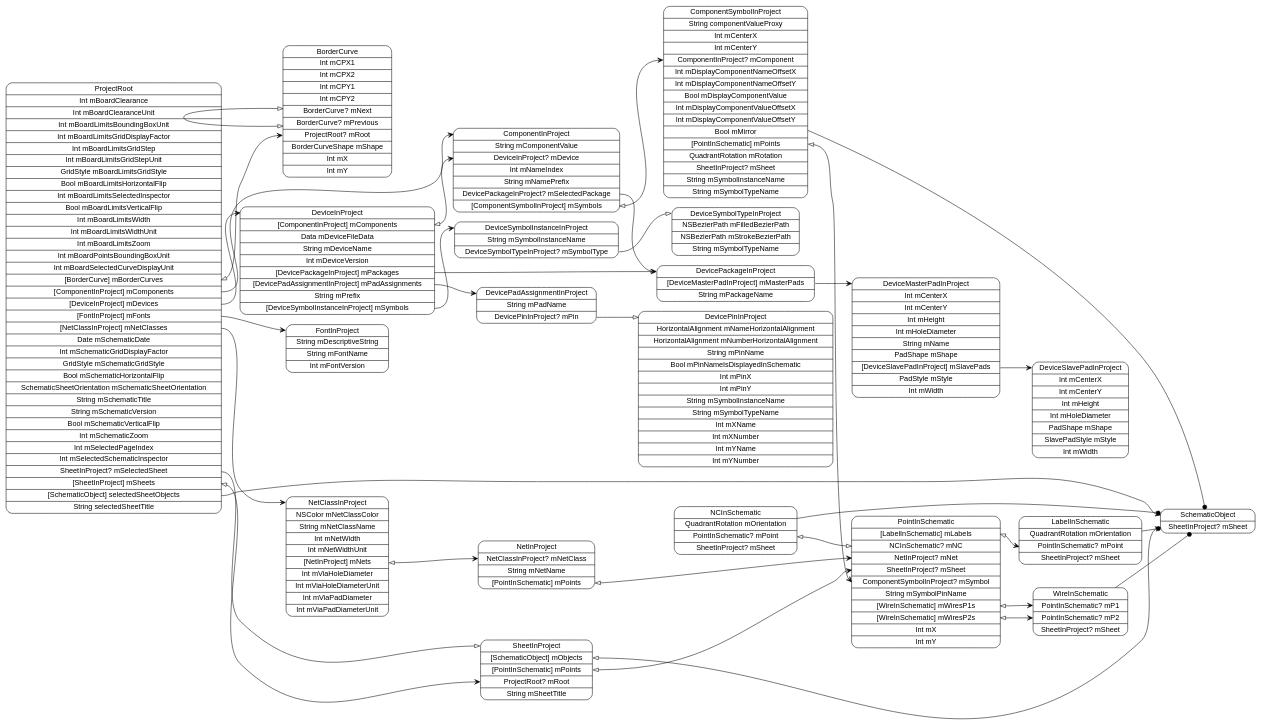
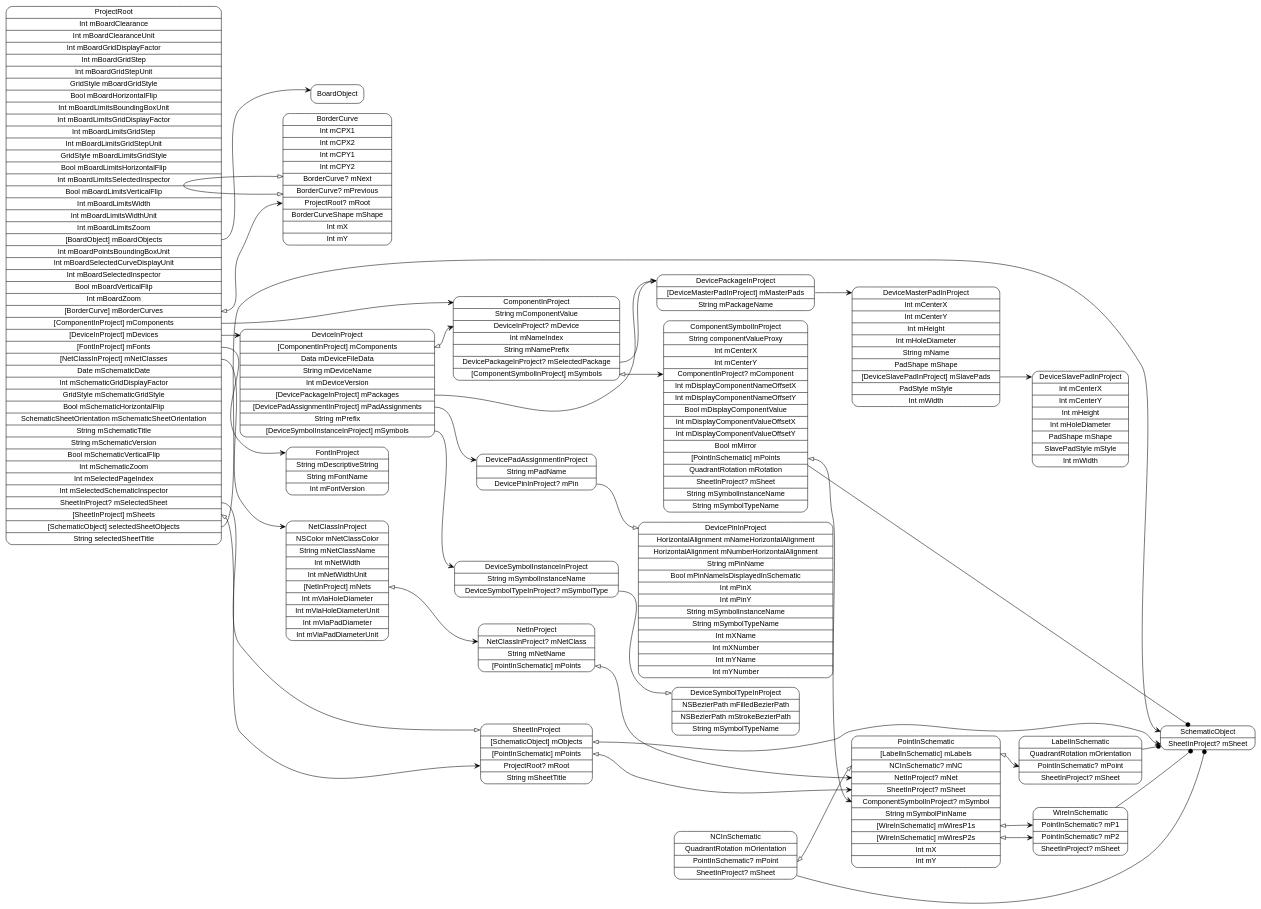
Before and after one commit to pierremolinaro/ElCanari-dev: the diagram in models/ProjectRoot.dot, drawn with Graphviz. The commit also changed 22 other files, not shown here.

Commit message:
Starting board objects

```diff
--- a/models/ProjectRoot.dot
+++ b/models/ProjectRoot.dot
@@ -1,57 +1,59 @@
 digraph G {
   rankdir=LR ;
   node [shape=record fontname=helvetica style=rounded] ;
-  ProjectRoot[label="<ProjectRoot>ProjectRoot|Int mBoardClearance|Int mBoardClearanceUnit|Int mBoardLimitsBoundingBoxUnit|Int mBoardLimitsGridDisplayFactor|Int mBoardLimitsGridStep|Int mBoardLimitsGridStepUnit|GridStyle mBoardLimitsGridStyle|Bool mBoardLimitsHorizontalFlip|Int mBoardLimitsSelectedInspector|Bool mBoardLimitsVerticalFlip|Int mBoardLimitsWidth|Int mBoardLimitsWidthUnit|Int mBoardLimitsZoom|Int mBoardPointsBoundingBoxUnit|Int mBoardSelectedCurveDisplayUnit|<mBorderCurves>[BorderCurve] mBorderCurves|<mComponents>[ComponentInProject] mComponents|<mDevices>[DeviceInProject] mDevices|<mFonts>[FontInProject] mFonts|<mNetClasses>[NetClassInProject] mNetClasses|Date mSchematicDate|Int mSchematicGridDisplayFactor|GridStyle mSchematicGridStyle|Bool mSchematicHorizontalFlip|SchematicSheetOrientation mSchematicSheetOrientation|String mSchematicTitle|String mSchematicVersion|Bool mSchematicVerticalFlip|Int mSchematicZoom|Int mSelectedPageIndex|Int mSelectedSchematicInspector|<mSelectedSheet>SheetInProject? mSelectedSheet|<mSheets>[SheetInProject] mSheets|<selectedSheetObjects>[SchematicObject] selectedSheetObjects|String selectedSheetTitle"] ;
+  ProjectRoot[label="<ProjectRoot>ProjectRoot|Int mBoardClearance|Int mBoardClearanceUnit|Int mBoardGridDisplayFactor|Int mBoardGridStep|Int mBoardGridStepUnit|GridStyle mBoardGridStyle|Bool mBoardHorizontalFlip|Int mBoardLimitsBoundingBoxUnit|Int mBoardLimitsGridDisplayFactor|Int mBoardLimitsGridStep|Int mBoardLimitsGridStepUnit|GridStyle mBoardLimitsGridStyle|Bool mBoardLimitsHorizontalFlip|Int mBoardLimitsSelectedInspector|Bool mBoardLimitsVerticalFlip|Int mBoardLimitsWidth|Int mBoardLimitsWidthUnit|Int mBoardLimitsZoom|<mBoardObjects>[BoardObject] mBoardObjects|Int mBoardPointsBoundingBoxUnit|Int mBoardSelectedCurveDisplayUnit|Int mBoardSelectedInspector|Bool mBoardVerticalFlip|Int mBoardZoom|<mBorderCurves>[BorderCurve] mBorderCurves|<mComponents>[ComponentInProject] mComponents|<mDevices>[DeviceInProject] mDevices|<mFonts>[FontInProject] mFonts|<mNetClasses>[NetClassInProject] mNetClasses|Date mSchematicDate|Int mSchematicGridDisplayFactor|GridStyle mSchematicGridStyle|Bool mSchematicHorizontalFlip|SchematicSheetOrientation mSchematicSheetOrientation|String mSchematicTitle|String mSchematicVersion|Bool mSchematicVerticalFlip|Int mSchematicZoom|Int mSelectedPageIndex|Int mSelectedSchematicInspector|<mSelectedSheet>SheetInProject? mSelectedSheet|<mSheets>[SheetInProject] mSheets|<selectedSheetObjects>[SchematicObject] selectedSheetObjects|String selectedSheetTitle"] ;
   SchematicObject[label="<SchematicObject>SchematicObject|<mSheet>SheetInProject? mSheet"] ;
   SheetInProject[label="<SheetInProject>SheetInProject|<mObjects>[SchematicObject] mObjects|<mPoints>[PointInSchematic] mPoints|<mRoot>ProjectRoot? mRoot|String mSheetTitle"] ;
   PointInSchematic[label="<PointInSchematic>PointInSchematic|<mLabels>[LabelInSchematic] mLabels|<mNC>NCInSchematic? mNC|<mNet>NetInProject? mNet|<mSheet>SheetInProject? mSheet|<mSymbol>ComponentSymbolInProject? mSymbol|String mSymbolPinName|<mWiresP1s>[WireInSchematic] mWiresP1s|<mWiresP2s>[WireInSchematic] mWiresP2s|Int mX|Int mY"] ;
   WireInSchematic[label="<WireInSchematic>WireInSchematic|<mP1>PointInSchematic? mP1|<mP2>PointInSchematic? mP2|<mSheet>SheetInProject? mSheet"] ;
   NCInSchematic[label="<NCInSchematic>NCInSchematic|QuadrantRotation mOrientation|<mPoint>PointInSchematic? mPoint|<mSheet>SheetInProject? mSheet"] ;
   LabelInSchematic[label="<LabelInSchematic>LabelInSchematic|QuadrantRotation mOrientation|<mPoint>PointInSchematic? mPoint|<mSheet>SheetInProject? mSheet"] ;
   NetClassInProject[label="<NetClassInProject>NetClassInProject|NSColor mNetClassColor|String mNetClassName|Int mNetWidth|Int mNetWidthUnit|<mNets>[NetInProject] mNets|Int mViaHoleDiameter|Int mViaHoleDiameterUnit|Int mViaPadDiameter|Int mViaPadDiameterUnit"] ;
   NetInProject[label="<NetInProject>NetInProject|<mNetClass>NetClassInProject? mNetClass|String mNetName|<mPoints>[PointInSchematic] mPoints"] ;
   FontInProject[label="<FontInProject>FontInProject|String mDescriptiveString|String mFontName|Int mFontVersion"] ;
   DeviceInProject[label="<DeviceInProject>DeviceInProject|<mComponents>[ComponentInProject] mComponents|Data mDeviceFileData|String mDeviceName|Int mDeviceVersion|<mPackages>[DevicePackageInProject] mPackages|<mPadAssignments>[DevicePadAssignmentInProject] mPadAssignments|String mPrefix|<mSymbols>[DeviceSymbolInstanceInProject] mSymbols"] ;
   DeviceSymbolInstanceInProject[label="<DeviceSymbolInstanceInProject>DeviceSymbolInstanceInProject|String mSymbolInstanceName|<mSymbolType>DeviceSymbolTypeInProject? mSymbolType"] ;
   DeviceSymbolTypeInProject[label="<DeviceSymbolTypeInProject>DeviceSymbolTypeInProject|NSBezierPath mFilledBezierPath|NSBezierPath mStrokeBezierPath|String mSymbolTypeName"] ;
   DevicePadAssignmentInProject[label="<DevicePadAssignmentInProject>DevicePadAssignmentInProject|String mPadName|<mPin>DevicePinInProject? mPin"] ;
   DevicePinInProject[label="<DevicePinInProject>DevicePinInProject|HorizontalAlignment mNameHorizontalAlignment|HorizontalAlignment mNumberHorizontalAlignment|String mPinName|Bool mPinNameIsDisplayedInSchematic|Int mPinX|Int mPinY|String mSymbolInstanceName|String mSymbolTypeName|Int mXName|Int mXNumber|Int mYName|Int mYNumber"] ;
   DevicePackageInProject[label="<DevicePackageInProject>DevicePackageInProject|<mMasterPads>[DeviceMasterPadInProject] mMasterPads|String mPackageName"] ;
   DeviceMasterPadInProject[label="<DeviceMasterPadInProject>DeviceMasterPadInProject|Int mCenterX|Int mCenterY|Int mHeight|Int mHoleDiameter|String mName|PadShape mShape|<mSlavePads>[DeviceSlavePadInProject] mSlavePads|PadStyle mStyle|Int mWidth"] ;
   DeviceSlavePadInProject[label="<DeviceSlavePadInProject>DeviceSlavePadInProject|Int mCenterX|Int mCenterY|Int mHeight|Int mHoleDiameter|PadShape mShape|SlavePadStyle mStyle|Int mWidth"] ;
   ComponentInProject[label="<ComponentInProject>ComponentInProject|String mComponentValue|<mDevice>DeviceInProject? mDevice|Int mNameIndex|String mNamePrefix|<mSelectedPackage>DevicePackageInProject? mSelectedPackage|<mSymbols>[ComponentSymbolInProject] mSymbols"] ;
   ComponentSymbolInProject[label="<ComponentSymbolInProject>ComponentSymbolInProject|String componentValueProxy|Int mCenterX|Int mCenterY|<mComponent>ComponentInProject? mComponent|Int mDisplayComponentNameOffsetX|Int mDisplayComponentNameOffsetY|Bool mDisplayComponentValue|Int mDisplayComponentValueOffsetX|Int mDisplayComponentValueOffsetY|Bool mMirror|<mPoints>[PointInSchematic] mPoints|QuadrantRotation mRotation|<mSheet>SheetInProject? mSheet|String mSymbolInstanceName|String mSymbolTypeName"] ;
   BorderCurve[label="<BorderCurve>BorderCurve|Int mCPX1|Int mCPX2|Int mCPY1|Int mCPY2|<mNext>BorderCurve? mNext|<mPrevious>BorderCurve? mPrevious|<mRoot>ProjectRoot? mRoot|BorderCurveShape mShape|Int mX|Int mY"] ;
+  BoardObject[label="<BoardObject>BoardObject"] ;
+  ProjectRoot:mBoardObjects -> BoardObject:BoardObject [dir=both arrowtail=none arrowhead=vee] ;
   ProjectRoot:mBorderCurves -> BorderCurve:mRoot [dir=both arrowtail=onormal arrowhead=vee] ;
   ProjectRoot:mComponents -> ComponentInProject:ComponentInProject [dir=both arrowtail=none arrowhead=vee] ;
   ProjectRoot:mDevices -> DeviceInProject:DeviceInProject [dir=both arrowtail=none arrowhead=vee] ;
   ProjectRoot:mFonts -> FontInProject:FontInProject [dir=both arrowtail=none arrowhead=vee] ;
   ProjectRoot:mNetClasses -> NetClassInProject:NetClassInProject [dir=both arrowtail=none arrowhead=vee] ;
   ProjectRoot:mSelectedSheet -> SheetInProject:SheetInProject [dir=both arrowtail=none arrowhead=onormal] ;
   ProjectRoot:mSheets -> SheetInProject:mRoot [dir=both arrowtail=onormal arrowhead=vee] ;
   ProjectRoot:selectedSheetObjects -> SchematicObject:SchematicObject [dir=both arrowtail=none arrowhead=vee] ;
   SheetInProject:mObjects -> SchematicObject:mSheet [dir=both arrowtail=onormal arrowhead=vee] ;
   SheetInProject:mPoints -> PointInSchematic:mSheet [dir=both arrowtail=onormal arrowhead=vee] ;
   PointInSchematic:mLabels -> LabelInSchematic:mPoint [dir=both arrowtail=onormal arrowhead=vee] ;
   PointInSchematic:mWiresP1s -> WireInSchematic:mP1 [dir=both arrowtail=onormal arrowhead=vee] ;
   PointInSchematic:mWiresP2s -> WireInSchematic:mP2 [dir=both arrowtail=onormal arrowhead=vee] ;
   WireInSchematic -> SchematicObject [arrowhead=dot] ;
   NCInSchematic -> SchematicObject [arrowhead=dot] ;
   NCInSchematic:mPoint -> PointInSchematic:mNC [dir=both arrowtail=onormal arrowhead=onormal] ;
   LabelInSchematic -> SchematicObject [arrowhead=dot] ;
   NetClassInProject:mNets -> NetInProject:mNetClass [dir=both arrowtail=onormal arrowhead=vee] ;
   NetInProject:mPoints -> PointInSchematic:mNet [dir=both arrowtail=onormal arrowhead=vee] ;
   DeviceInProject:mComponents -> ComponentInProject:mDevice [dir=both arrowtail=onormal arrowhead=vee] ;
   DeviceInProject:mPackages -> DevicePackageInProject:DevicePackageInProject [dir=both arrowtail=none arrowhead=vee] ;
   DeviceInProject:mPadAssignments -> DevicePadAssignmentInProject:DevicePadAssignmentInProject [dir=both arrowtail=none arrowhead=vee] ;
   DeviceInProject:mSymbols -> DeviceSymbolInstanceInProject:DeviceSymbolInstanceInProject [dir=both arrowtail=none arrowhead=vee] ;
   DeviceSymbolInstanceInProject:mSymbolType -> DeviceSymbolTypeInProject:DeviceSymbolTypeInProject [dir=both arrowtail=none arrowhead=onormal] ;
   DevicePadAssignmentInProject:mPin -> DevicePinInProject:DevicePinInProject [dir=both arrowtail=none arrowhead=onormal] ;
   DevicePackageInProject:mMasterPads -> DeviceMasterPadInProject:DeviceMasterPadInProject [dir=both arrowtail=none arrowhead=vee] ;
   DeviceMasterPadInProject:mSlavePads -> DeviceSlavePadInProject:DeviceSlavePadInProject [dir=both arrowtail=none arrowhead=vee] ;
   ComponentInProject:mSelectedPackage -> DevicePackageInProject:DevicePackageInProject [dir=both arrowtail=none arrowhead=onormal] ;
   ComponentInProject:mSymbols -> ComponentSymbolInProject:mComponent [dir=both arrowtail=onormal arrowhead=vee] ;
   ComponentSymbolInProject -> SchematicObject [arrowhead=dot] ;
   ComponentSymbolInProject:mPoints -> PointInSchematic:mSymbol [dir=both arrowtail=onormal arrowhead=vee] ;
   BorderCurve:mPrevious -> BorderCurve:mNext [dir=both arrowtail=onormal arrowhead=onormal] ;
 }
```
